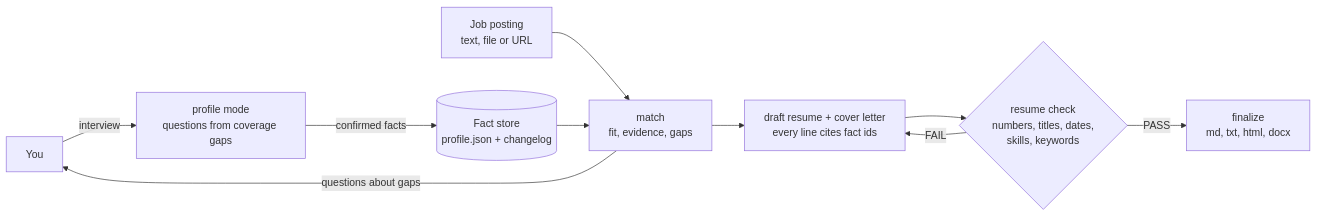
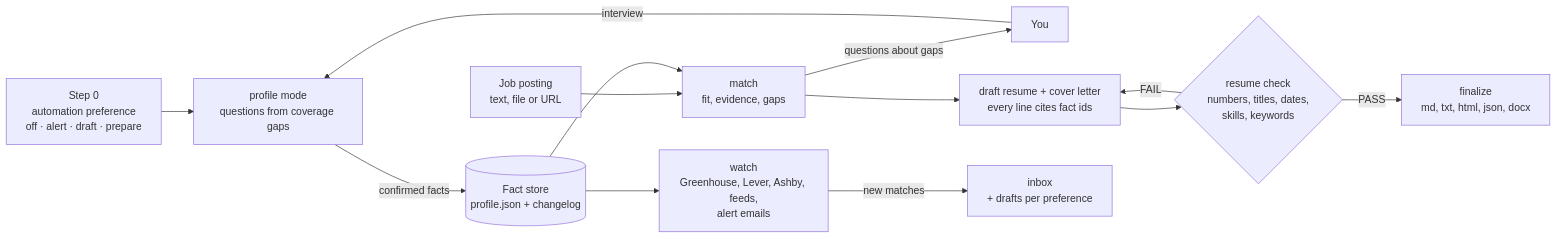
Before and after one commit to robertlemmermann/career-profiler: the diagram in README.md, drawn with Mermaid. The commit also changed other lines of this file and 88 other files, not shown here.

````diff
--- a/README.md
+++ b/README.md
@@ -27,12 +32,15 @@
 ```mermaid
 flowchart LR
+  g["Step 0<br/>automation preference<br/>off · alert · draft · prepare"] --> p
   u["You"] -- interview --> p["profile mode<br/>questions from coverage gaps"]
   p -- confirmed facts --> s[("Fact store<br/>profile.json + changelog")]
   j["Job posting<br/>text, file or URL"] --> m["match<br/>fit, evidence, gaps"]
   s --> m
   m -- questions about gaps --> u
   m --> d["draft resume + cover letter<br/>every line cites fact ids"]
   d --> c{"resume check<br/>numbers, titles, dates,<br/>skills, keywords"}
   c -- FAIL --> d
-  c -- PASS --> f["finalize<br/>md, txt, html, docx"]
+  c -- PASS --> f["finalize<br/>md, txt, html, json, docx"]
+  w["watch<br/>Greenhouse, Lever, Ashby, feeds,<br/>alert emails"] -- new matches --> i["inbox<br/>+ drafts per preference"]
+  s --> w
 ```
````
